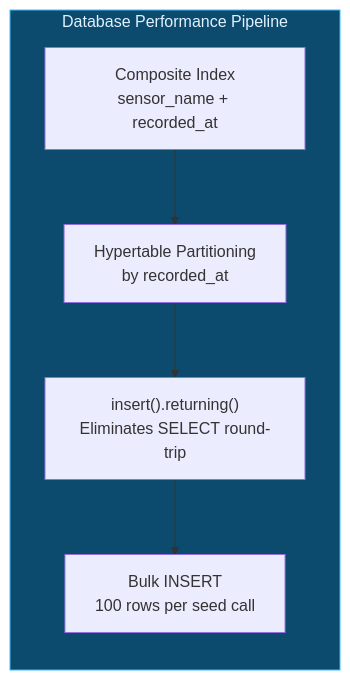
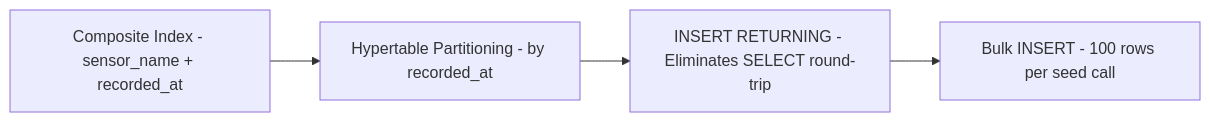
One commit to tedaks/project changed the fourth of 8 diagrams in README.md. Above: the diagram before and after it, drawn with Mermaid. The commit also changed other lines of this file, not shown here.

Commit message:
docs: update Mermaid diagrams for clarity and refine various textual descriptions.

````diff
--- a/README.md
+++ b/README.md
@@ -420,10 +410,6 @@
 ```mermaid
 graph LR
-    subgraph Optimizations["Database Performance Pipeline"]
-        A["Composite Index<br/>sensor_name + recorded_at"] --> B["Hypertable Partitioning<br/>by recorded_at"]
-        B --> C["insert().returning()<br/>Eliminates SELECT round-trip"]
-        C --> D["Bulk INSERT<br/>100 rows per seed call"]
-    end
-
-    style Optimizations fill:#0c4a6e,stroke:#38bdf8,color:#e0f2fe
+    IdxNode["Composite Index - sensor_name + recorded_at"] --> HyperNode["Hypertable Partitioning - by recorded_at"]
+    HyperNode --> ReturnNode["INSERT RETURNING - Eliminates SELECT round-trip"]
+    ReturnNode --> BulkNode["Bulk INSERT - 100 rows per seed call"]
 ```
````
